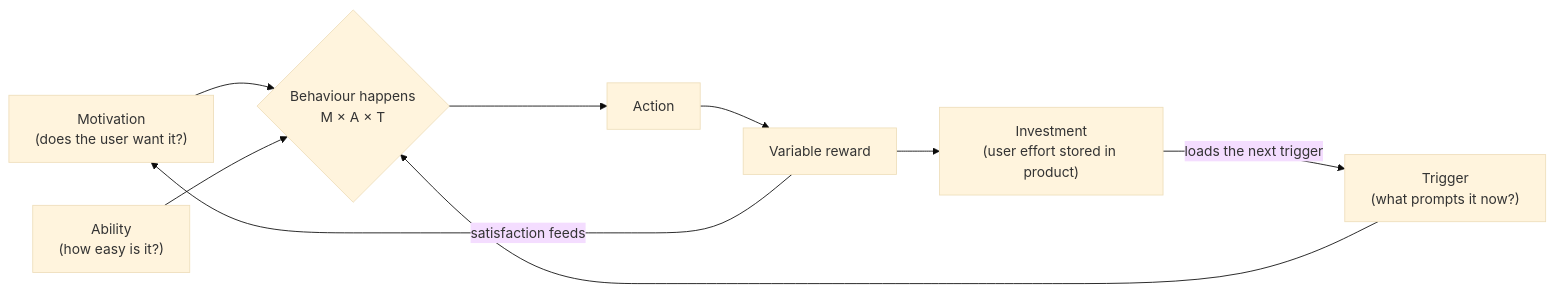
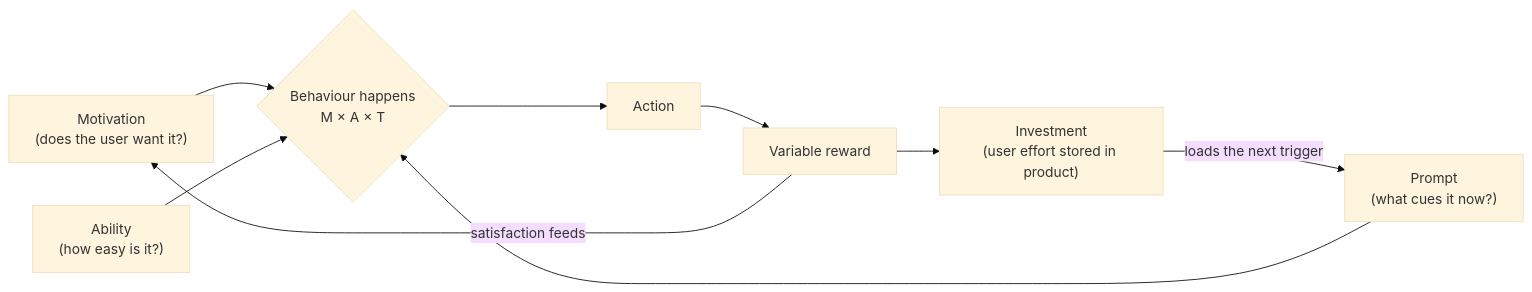
Before and after one commit to aakashagg123/gatsby: the diagram in product-sense/motivation-and-behaviour.md, drawn with Mermaid (base theme). The commit also changed other lines of this file and 17 other files, not shown here.

````diff
--- a/product-sense/motivation-and-behaviour.md
+++ b/product-sense/motivation-and-behaviour.md
@@ -33,11 +34,11 @@
 ```mermaid
 flowchart LR
   M["Motivation<br/>(does the user want it?)"] --> B{"Behaviour happens<br/>M × A × T"}
   A["Ability<br/>(how easy is it?)"] --> B
-  T["Trigger<br/>(what prompts it now?)"] --> B
+  T["Prompt<br/>(what cues it now?)"] --> B
   B --> ACT["Action"]
   ACT --> RW["Variable reward"]
   RW --> INV["Investment<br/>(user effort stored in product)"]
   INV -->|"loads the next trigger"| T
   RW -->|"satisfaction feeds"| M
 ```
````
